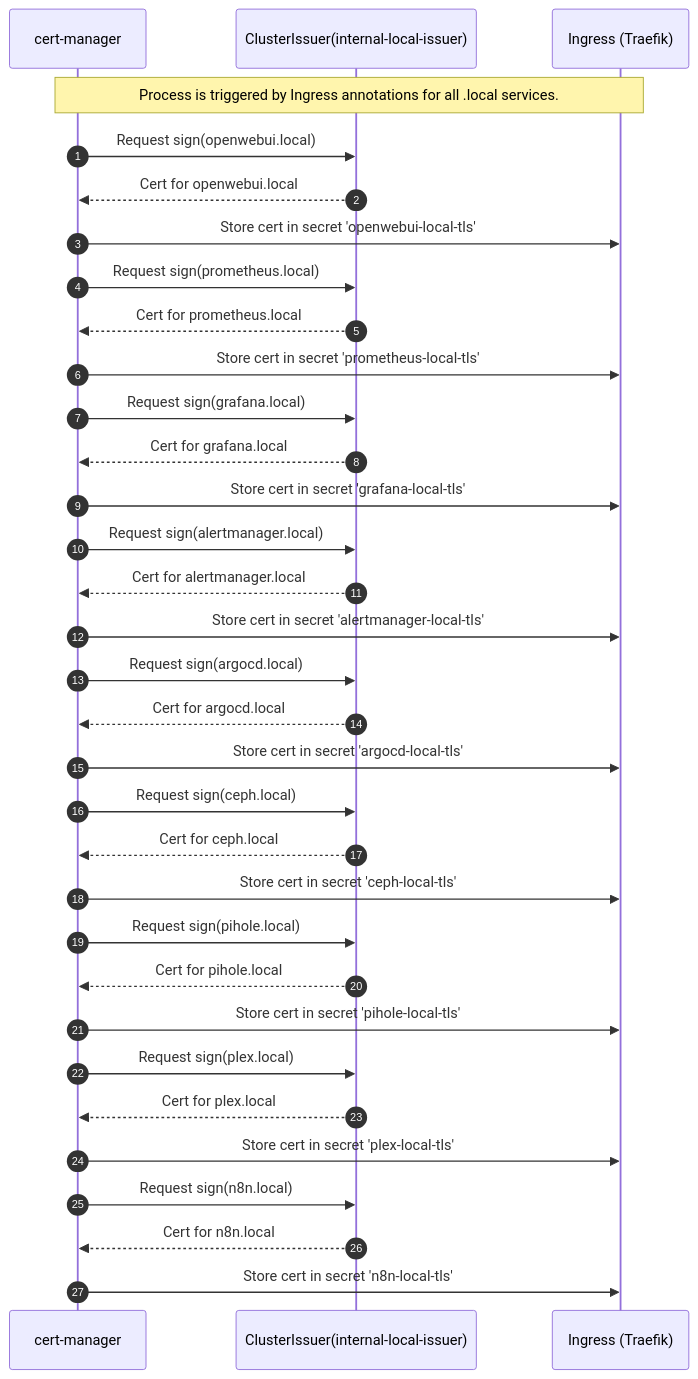
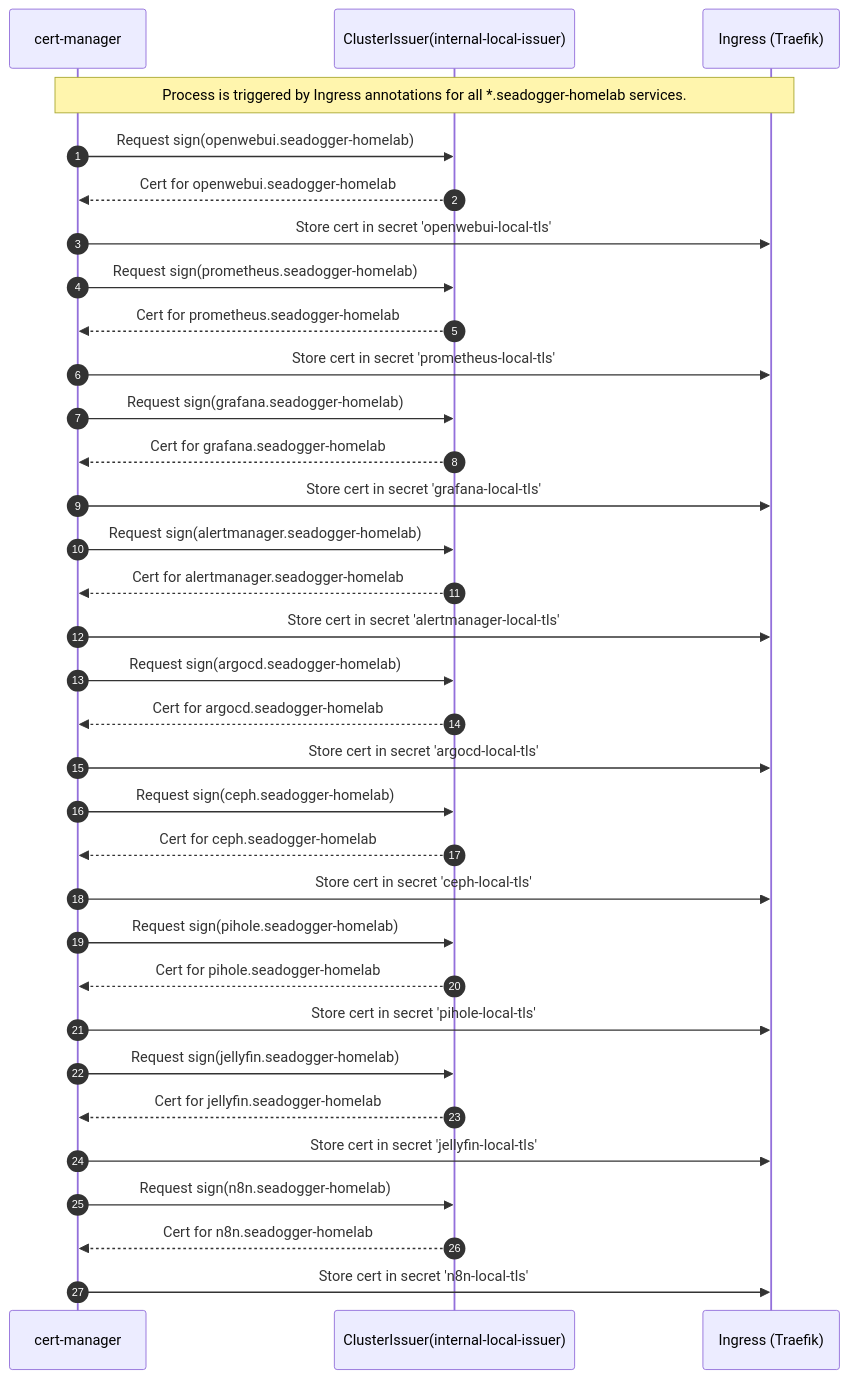
Before and after one commit to seadogger-tech/seadogger-homelab: the third of 8 diagrams in docs/wiki/08-Security-and-Certificates.md, drawn with Mermaid. The commit also changed other lines of this file and 15 other files, not shown here.

````diff
--- a/docs/wiki/08-Security-and-Certificates.md
+++ b/docs/wiki/08-Security-and-Certificates.md
@@ -100,45 +100,45 @@
 ```mermaid
 sequenceDiagram
     autonumber
     participant CM as cert-manager
     participant CI as ClusterIssuer(internal-local-issuer)
     participant ING as Ingress (Traefik)
 
-    Note over CM,ING: Process is triggered by Ingress annotations for all .local services.
+    Note over CM,ING: Process is triggered by Ingress annotations for all *.seadogger-homelab services.
 
-    CM->>CI: Request sign(openwebui.local)
-    CI-->>CM: Cert for openwebui.local
+    CM->>CI: Request sign(openwebui.seadogger-homelab)
+    CI-->>CM: Cert for openwebui.seadogger-homelab
     CM->>ING: Store cert in secret 'openwebui-local-tls'
 
-    CM->>CI: Request sign(prometheus.local)
-    CI-->>CM: Cert for prometheus.local
+    CM->>CI: Request sign(prometheus.seadogger-homelab)
+    CI-->>CM: Cert for prometheus.seadogger-homelab
     CM->>ING: Store cert in secret 'prometheus-local-tls'
 
-    CM->>CI: Request sign(grafana.local)
-    CI-->>CM: Cert for grafana.local
+    CM->>CI: Request sign(grafana.seadogger-homelab)
+    CI-->>CM: Cert for grafana.seadogger-homelab
     CM->>ING: Store cert in secret 'grafana-local-tls'
 
-    CM->>CI: Request sign(alertmanager.local)
-    CI-->>CM: Cert for alertmanager.local
+    CM->>CI: Request sign(alertmanager.seadogger-homelab)
+    CI-->>CM: Cert for alertmanager.seadogger-homelab
     CM->>ING: Store cert in secret 'alertmanager-local-tls'
 
-    CM->>CI: Request sign(argocd.local)
-    CI-->>CM: Cert for argocd.local
+    CM->>CI: Request sign(argocd.seadogger-homelab)
+    CI-->>CM: Cert for argocd.seadogger-homelab
     CM->>ING: Store cert in secret 'argocd-local-tls'
 
-    CM->>CI: Request sign(ceph.local)
-    CI-->>CM: Cert for ceph.local
+    CM->>CI: Request sign(ceph.seadogger-homelab)
+    CI-->>CM: Cert for ceph.seadogger-homelab
     CM->>ING: Store cert in secret 'ceph-local-tls'
 
-    CM->>CI: Request sign(pihole.local)
-    CI-->>CM: Cert for pihole.local
+    CM->>CI: Request sign(pihole.seadogger-homelab)
+    CI-->>CM: Cert for pihole.seadogger-homelab
     CM->>ING: Store cert in secret 'pihole-local-tls'
 
-    CM->>CI: Request sign(plex.local)
-    CI-->>CM: Cert for plex.local
-    CM->>ING: Store cert in secret 'plex-local-tls'
+    CM->>CI: Request sign(jellyfin.seadogger-homelab)
+    CI-->>CM: Cert for jellyfin.seadogger-homelab
+    CM->>ING: Store cert in secret 'jellyfin-local-tls'
 
-    CM->>CI: Request sign(n8n.local)
-    CI-->>CM: Cert for n8n.local
+    CM->>CI: Request sign(n8n.seadogger-homelab)
+    CI-->>CM: Cert for n8n.seadogger-homelab
     CM->>ING: Store cert in secret 'n8n-local-tls'
 ```
````
